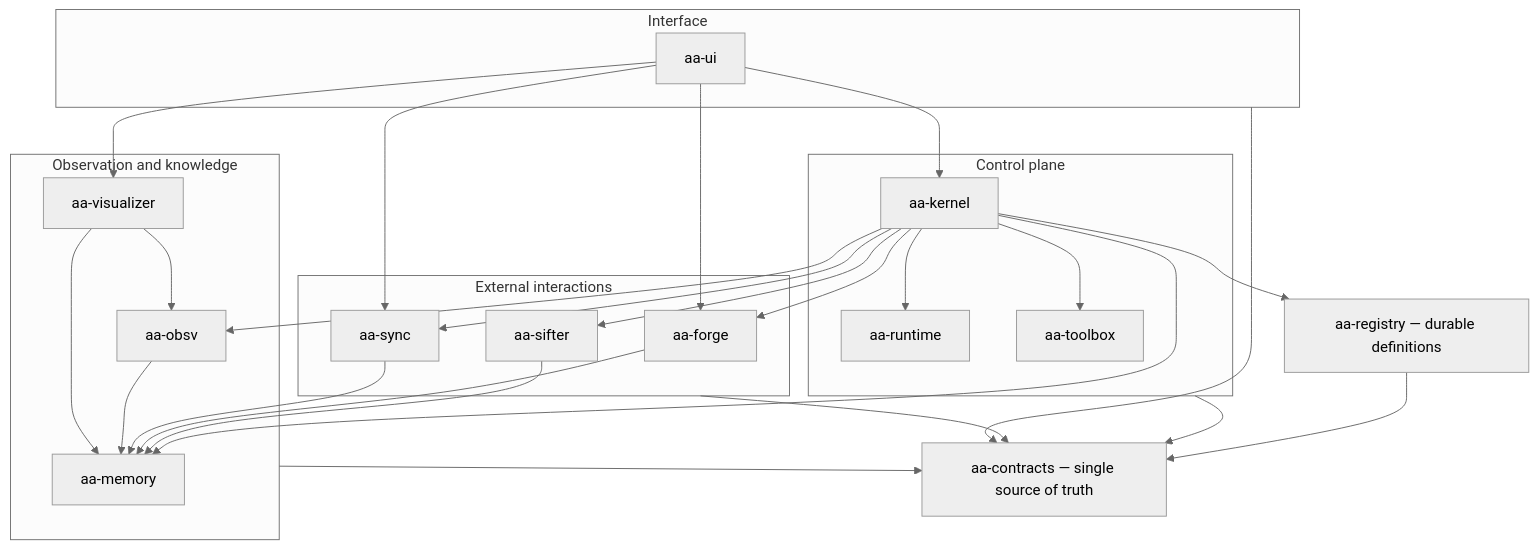
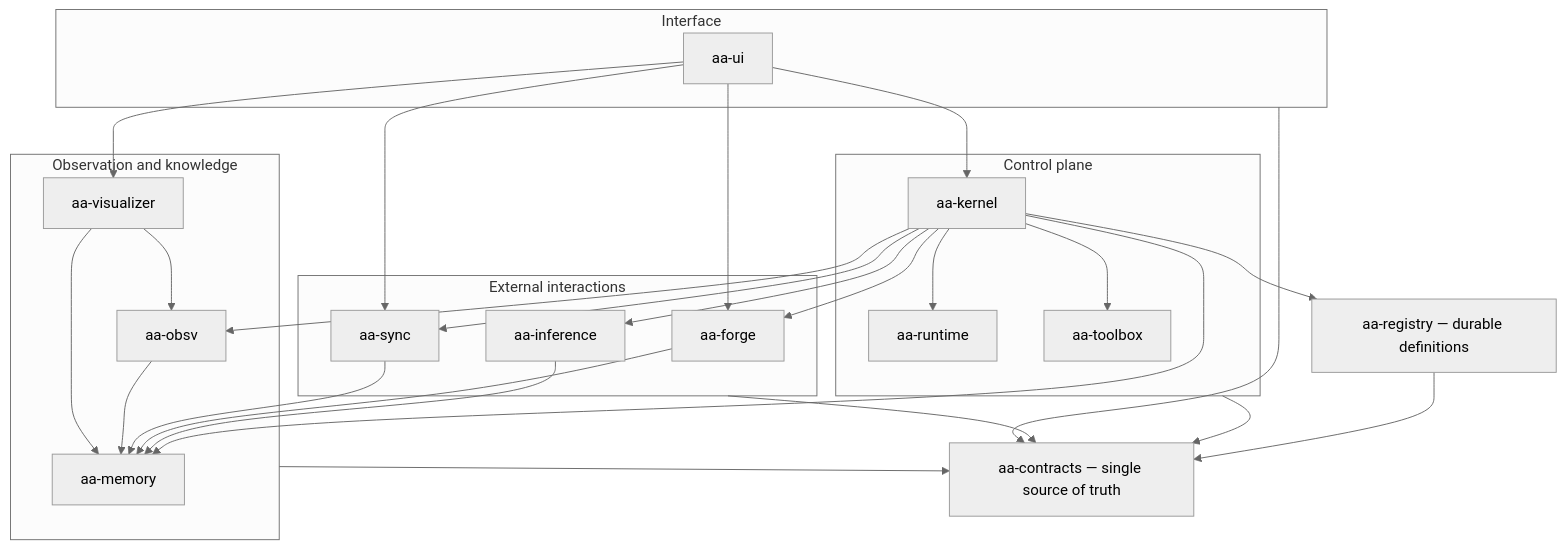
Before and after one commit to greadee/aa: the second of 6 diagrams in docs/architecture/README.md, drawn with Mermaid (neutral theme). The commit also changed other lines of this file and 355 other files, not shown here.

Commit message:
rename sifter to inference under runtime

````diff
--- a/docs/architecture/README.md
+++ b/docs/architecture/README.md
@@ -135,47 +135,47 @@
 ```mermaid
 flowchart TB
     subgraph UX["Interface"]
         ui["aa-ui"]
     end
     subgraph Control["Control plane"]
         kernel["aa-kernel"]
         runtime["aa-runtime"]
         toolbox["aa-toolbox"]
     end
     subgraph World["External interactions"]
         forge["aa-forge"]
         sync["aa-sync"]
-        sifter["aa-sifter"]
+        inference["aa-inference"]
     end
     subgraph Knowledge["Observation and knowledge"]
         obsv["aa-obsv"]
         memory["aa-memory"]
         visualizer["aa-visualizer"]
     end
     registry["aa-registry — durable definitions"]
     contracts["aa-contracts — single source of truth"]
 
     ui --> kernel
     ui --> visualizer
     ui --> forge
     ui --> sync
     kernel --> registry
     kernel --> runtime
     kernel --> toolbox
     kernel --> obsv
     kernel --> memory
-    kernel --> sifter
+    kernel --> inference
     kernel --> sync
     kernel --> forge
-    sifter --> memory
+    inference --> memory
     forge --> memory
     sync --> memory
     obsv --> memory
     visualizer --> obsv
     visualizer --> memory
     registry --> contracts
     Control --> contracts
     World --> contracts
     Knowledge --> contracts
     UX --> contracts
 ```
````
